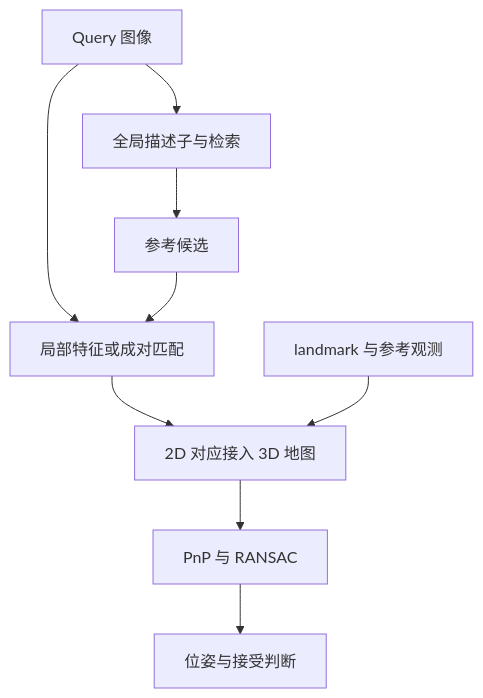
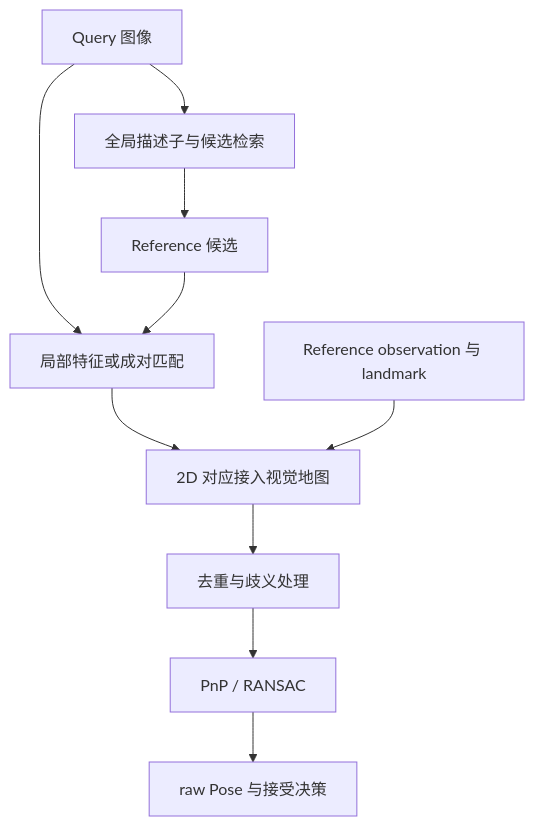
One commit to Tiansuanyu/notes changed the first of 2 diagrams in slam/hloc/如何选择视觉重定位Pipeline.md. Above: the diagram before and after it, drawn with Mermaid. The commit also changed other lines of this file and 25 other files, not shown here.

````diff
--- a/slam/hloc/如何选择视觉重定位Pipeline.md
+++ b/slam/hloc/如何选择视觉重定位Pipeline.md
@@ -26,11 +17,12 @@
 ```mermaid
 flowchart TD
-    Q[Query 图像] --> G[全局描述子与检索]
+    Q[Query 图像] --> G[全局描述子与候选检索]
     Q --> L[局部特征或成对匹配]
-    G --> C[参考候选]
+    G --> C[Reference 候选]
     C --> L
-    L --> A[2D 对应接入 3D 地图]
-    M[landmark 与参考观测] --> A
-    A --> P[PnP 与 RANSAC]
-    P --> D[位姿与接受判断]
+    L --> A[2D 对应接入视觉地图]
+    M[Reference observation 与 landmark] --> A
+    A --> U[去重与歧义处理]
+    U --> P[PnP / RANSAC]
+    P --> D[raw Pose 与接受决策]
 ```
````
